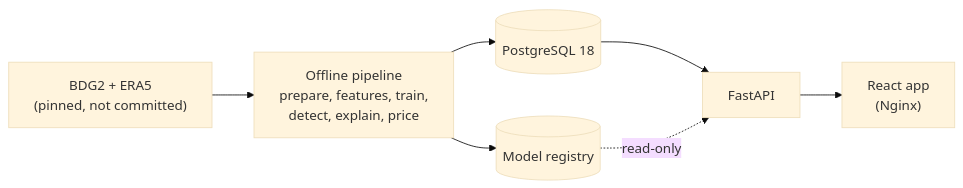
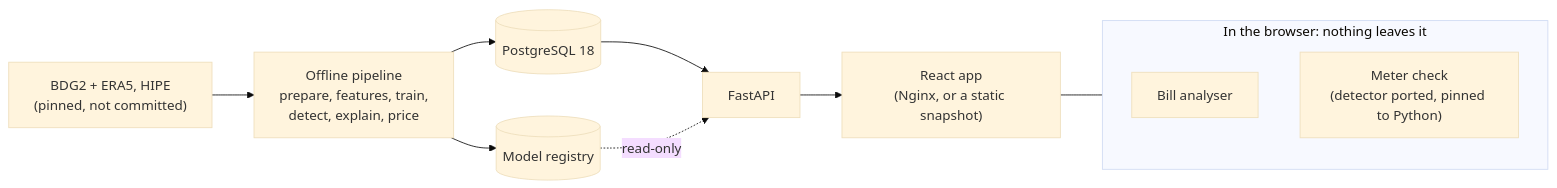
One commit to shvhjSB/wattwise-ai changed the diagram in README.md. Above: the diagram before and after it, drawn with Mermaid (base theme). The commit also changed other lines of this file and 17 other files, not shown here.

````diff
--- a/README.md
+++ b/README.md
@@ -59,9 +78,14 @@
 ```mermaid
 flowchart LR
-    data["BDG2 + ERA5<br/>(pinned, not committed)"] --> pipeline["Offline pipeline<br/>prepare, features, train,<br/>detect, explain, price"]
+    subgraph browser["In the browser: nothing leaves it"]
+        bill["Bill analyser"]
+        meter["Meter check<br/>(detector ported, pinned to Python)"]
+    end
+    data["BDG2 + ERA5, HIPE<br/>(pinned, not committed)"] --> pipeline["Offline pipeline<br/>prepare, features, train,<br/>detect, explain, price"]
     pipeline --> registry[("Model registry")]
     pipeline --> db[("PostgreSQL 18")]
     db --> api["FastAPI"]
     registry -. read-only .-> api
-    api --> web["React app<br/>(Nginx)"]
+    api --> web["React app<br/>(Nginx, or a static snapshot)"]
+    web --- browser
 ```
````
